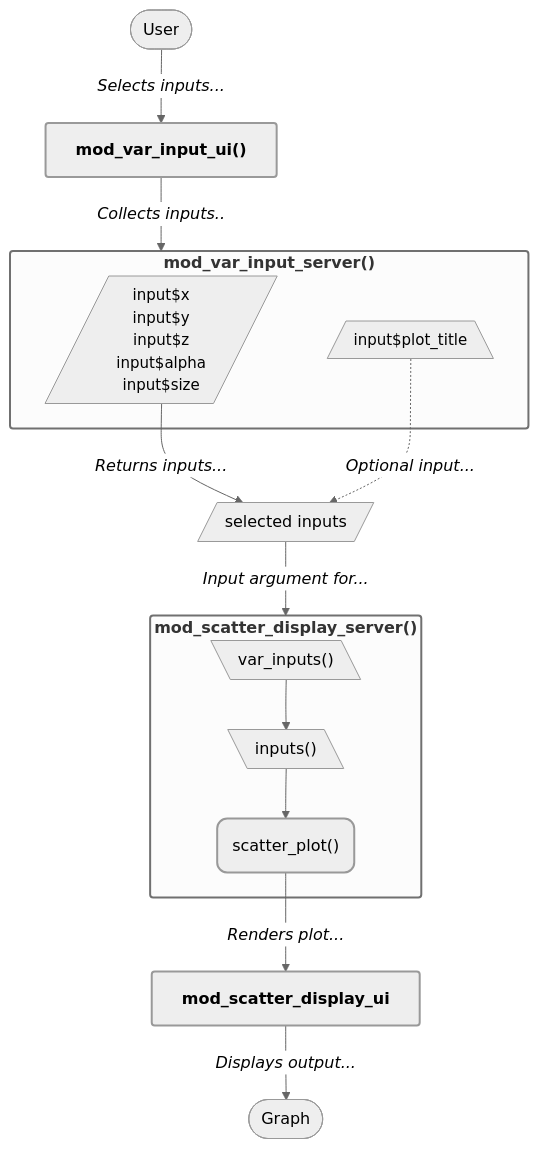
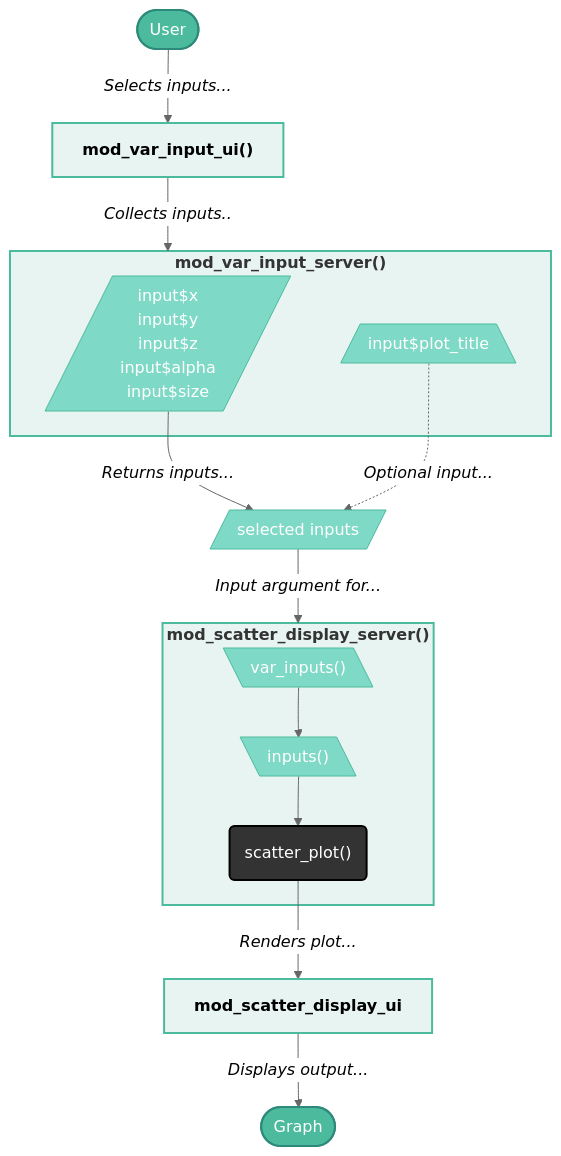
One commit to mjfrigaard/shiny-app-pkgs changed the second of 3 diagrams in shiny.qmd. Above: the diagram before and after it, drawn with Mermaid. The commit also changed other lines of this file, not shown here.

First line of the commit message:
Style all 3 mermaid diagrams in shiny.qmd with teal palette

````diff
--- a/shiny.qmd
+++ b/shiny.qmd
@@ -726,37 +743,42 @@
 ```{mermaid}
 %%| fig-align: center
 %%| fig-cap: 'Display module'
 %%{init: {'theme': 'neutral', 'themeVariables': { 'fontFamily': 'monospace', "fontSize":"16px"}}}%%
 flowchart TD
     User(["User"])
     mod_var_input_ui["<strong>mod_var_input_ui()</strong>"]
     mod_scatter_display_ui["<strong>mod_scatter_display_ui</strong>"] 
     
     subgraph mod_scatter_display_server["<strong>mod_scatter_display_server()</strong>"]
         var_inputs[\"var_inputs()"\]
         inputs[\"inputs()"\]
         scatter_plot("scatter_plot()")
     end
     
     subgraph mod_var_input_server["<strong>mod_var_input_server()</strong>"]
         Reactives[/"input$x<br>input$y<br>input$z<br>input$alpha<br>input$size"/]
         Title[/"input$plot_title"\]
     end
     
     User --> |"<em>Selects inputs...</em>"|mod_var_input_ui
     mod_var_input_ui --> |"<em>Collects inputs..</em>"|mod_var_input_server
     Reactives -->|"<em>Returns inputs...</em>"|selected_vars
     Title -.-> |"<em>Optional input...</em>"|selected_vars
     selected_vars[/"selected inputs"/] -->|"<em>Input argument for...</em>"|mod_scatter_display_server
     var_inputs --> inputs --> scatter_plot
     scatter_plot -->|"<em>Renders plot...</em>"|mod_scatter_display_ui
     mod_scatter_display_ui -->|"<em>Displays output...</em>"|Display(["Graph"])
     
-    style mod_scatter_display_ui stroke-width:2px,rx:3,ry:3
-    style mod_scatter_display_server stroke-width:2px,rx:3,ry:3
-    style mod_var_input_ui stroke-width:2px,rx:3,ry:3
-    style mod_var_input_server stroke-width:2px,rx:3,ry:3
-    style scatter_plot stroke-width:2px,rx:10,ry:10
-    style Reactives font-size:15px,stroke-width:1px,rx:5,ry:5
-    style Title font-size:15px,stroke-width:1px,rx:5,ry:5
+    style User fill:#4CBB9D,color:#fff,stroke:#2d8a7a,stroke-width:2px
+    style Display fill:#4CBB9D,color:#fff,stroke:#2d8a7a,stroke-width:2px
+    style selected_vars fill:#7fd9c7,color:#fff,stroke:#4CBB9D,stroke-width:1px
+    style mod_scatter_display_ui fill:#e8f4f1,stroke:#4CBB9D,stroke-width:2px
+    style mod_scatter_display_server fill:#e8f4f1,stroke:#4CBB9D,stroke-width:2px
+    style mod_var_input_ui fill:#e8f4f1,stroke:#4CBB9D,stroke-width:2px
+    style mod_var_input_server fill:#e8f4f1,stroke:#4CBB9D,stroke-width:2px
+    style scatter_plot fill:#333,color:#fff,stroke:#000,stroke-width:2px
+    style var_inputs fill:#7fd9c7,color:#fff,stroke:#4CBB9D,stroke-width:1px
+    style inputs fill:#7fd9c7,color:#fff,stroke:#4CBB9D,stroke-width:1px
+    style Reactives fill:#7fd9c7,color:#fff,stroke:#4CBB9D,stroke-width:1px
+    style Title fill:#7fd9c7,color:#fff,stroke:#4CBB9D,stroke-width:1px
 ```
````
